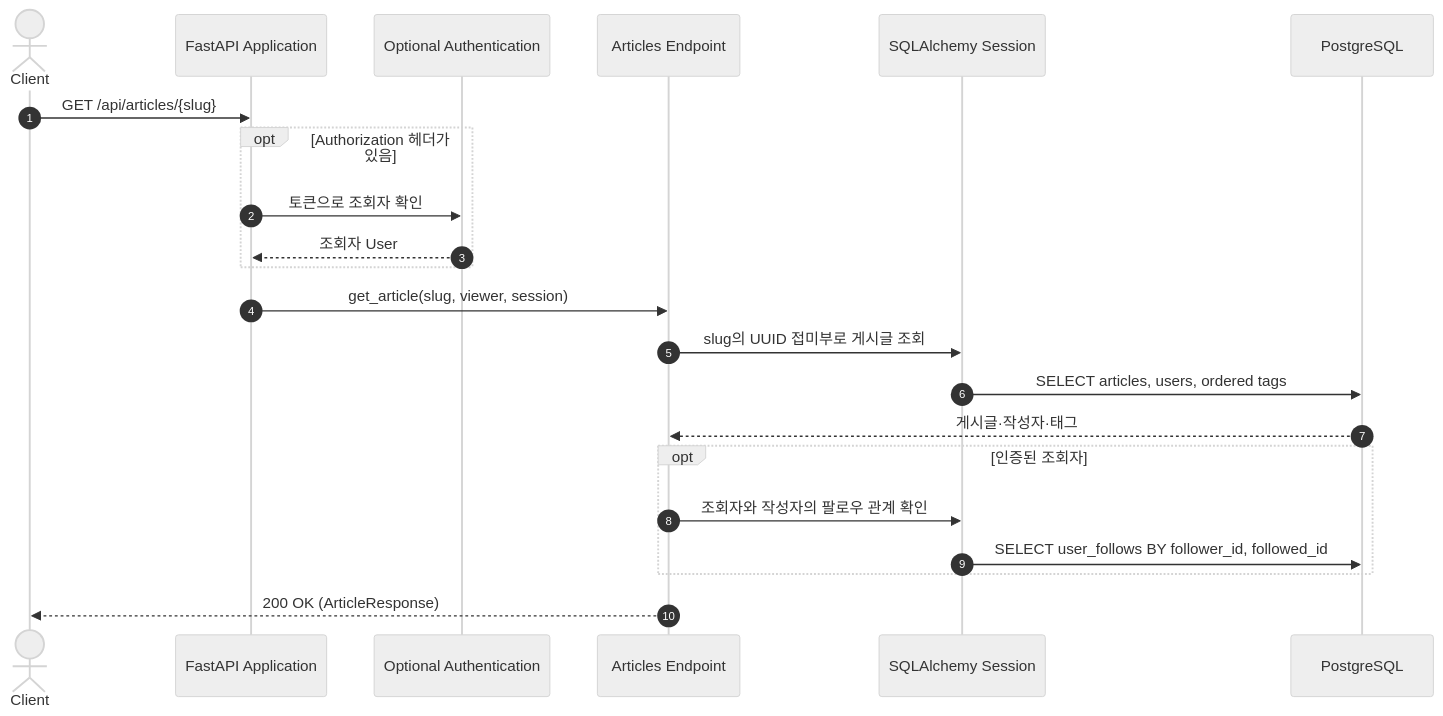
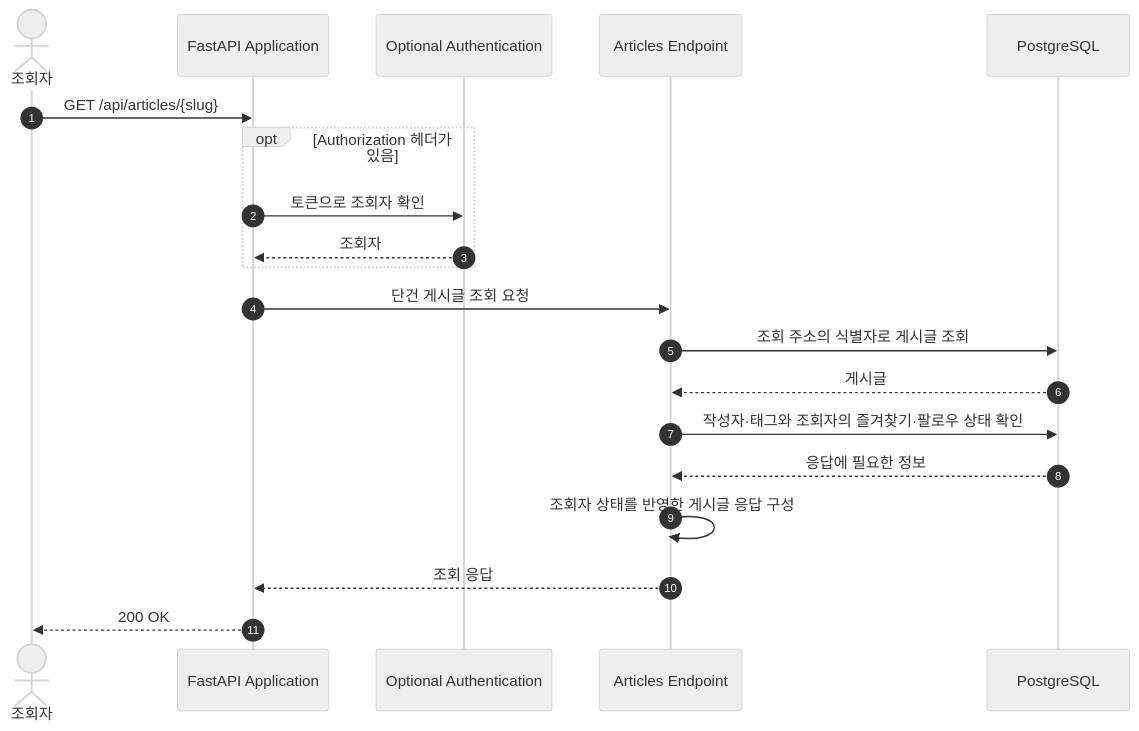
One commit to chahoseong/realworld-fastapi-backend changed the second of 2 diagrams in docs/architecture/flows/article-creation-and-retrieval.md. Above: the diagram before and after it, drawn with Mermaid (neutral theme). The commit also changed other lines of this file and 11 other files, not shown here.

Commit message:
Refactor documentation for user flows: update component responsibilities, runtime views, and scenarios for comment, favorite, follow, public profile, user login, registration, retrieval, and update processes.

````diff
--- a/docs/architecture/flows/article-creation-and-retrieval.md
+++ b/docs/architecture/flows/article-creation-and-retrieval.md
@@ -60,25 +58,23 @@
 ```mermaid
 sequenceDiagram
     autonumber
-    actor Client
+    actor Client as 조회자
     participant App as FastAPI Application
     participant Auth as Optional Authentication
     participant Endpoint as Articles Endpoint
-    participant Session as SQLAlchemy Session
     participant DB as PostgreSQL
 
     Client->>App: GET /api/articles/{slug}
     opt Authorization 헤더가 있음
         App->>Auth: 토큰으로 조회자 확인
-        Auth-->>App: 조회자 User
+        Auth-->>App: 조회자
     end
-    App->>Endpoint: get_article(slug, viewer, session)
-    Endpoint->>Session: slug의 UUID 접미부로 게시글 조회
-    Session->>DB: SELECT articles, users, ordered tags
-    DB-->>Endpoint: 게시글·작성자·태그
-    opt 인증된 조회자
-        Endpoint->>Session: 조회자와 작성자의 팔로우 관계 확인
-        Session->>DB: SELECT user_follows BY follower_id, followed_id
-    end
-    Endpoint-->>Client: 200 OK (ArticleResponse)
+    App->>Endpoint: 단건 게시글 조회 요청
+    Endpoint->>DB: 조회 주소의 식별자로 게시글 조회
+    DB-->>Endpoint: 게시글
+    Endpoint->>DB: 작성자·태그와 조회자의 즐겨찾기·팔로우 상태 확인
+    DB-->>Endpoint: 응답에 필요한 정보
+    Endpoint->>Endpoint: 조회자 상태를 반영한 게시글 응답 구성
+    Endpoint-->>App: 조회 응답
+    App-->>Client: 200 OK
 ```
````
